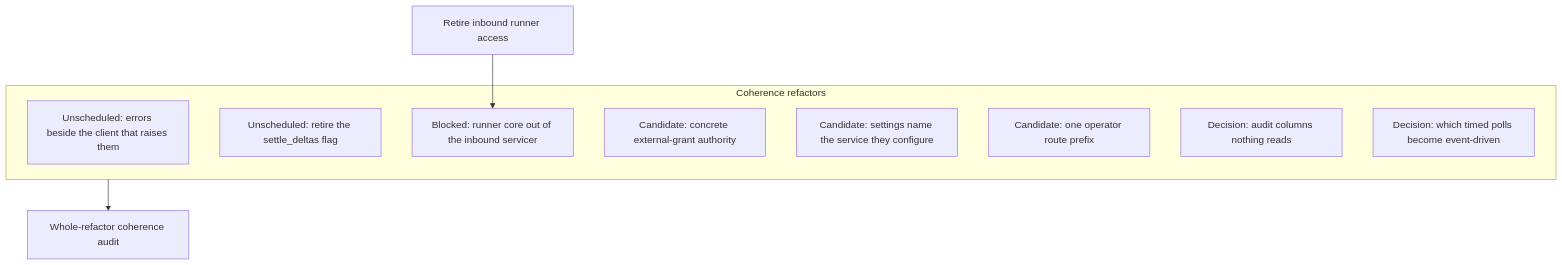
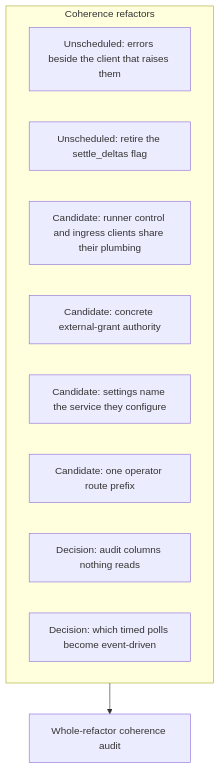
Diagram 14 of 14 in agentplane/plans/task_dag.md (agentydragon-agent/ducktape), drawn with Mermaid before and after one commit. The commit also changed other lines of this file and 53 other files, not shown here.

First line of the commit message:
agentplane: retire the runner's inbound gRPC server (#10123)

````diff
--- a/agentplane/plans/task_dag.md
+++ b/agentplane/plans/task_dag.md
@@ -940,16 +931,14 @@
 ```mermaid
 flowchart TD
-    RUNNER_INBOUND_RETIRE[Retire inbound runner access]
     subgraph COHERENCE_REFACTORS[Coherence refactors]
         RUNNER_ERRORS_REHOME[Unscheduled: errors beside the client that raises them]
         SETTLE_DELTAS_ALWAYS_ON[Unscheduled: retire the settle_deltas flag]
-        RUNNER_CORE_SPLIT[Blocked: runner core out of the inbound servicer]
+        RUNNER_CORE_SPLIT[Candidate: runner control and ingress clients share their plumbing]
         ACTION_PROTOCOLS_CONCRETE[Candidate: concrete external-grant authority]
         SERVICE_SETTING_NAMES[Candidate: settings name the service they configure]
         OPERATOR_ROUTE_PREFIX[Candidate: one operator route prefix]
         NOTIFICATION_WRITE_ONLY_COLUMNS[Decision: audit columns nothing reads]
         EVENT_DRIVEN_WAKEUPS[Decision: which timed polls become event-driven]
     end
-    RUNNER_INBOUND_RETIRE --> RUNNER_CORE_SPLIT
     COHERENCE_REFACTORS --> REFACTOR_COHERENCE_AUDIT[Whole-refactor coherence audit]
 ```
````
